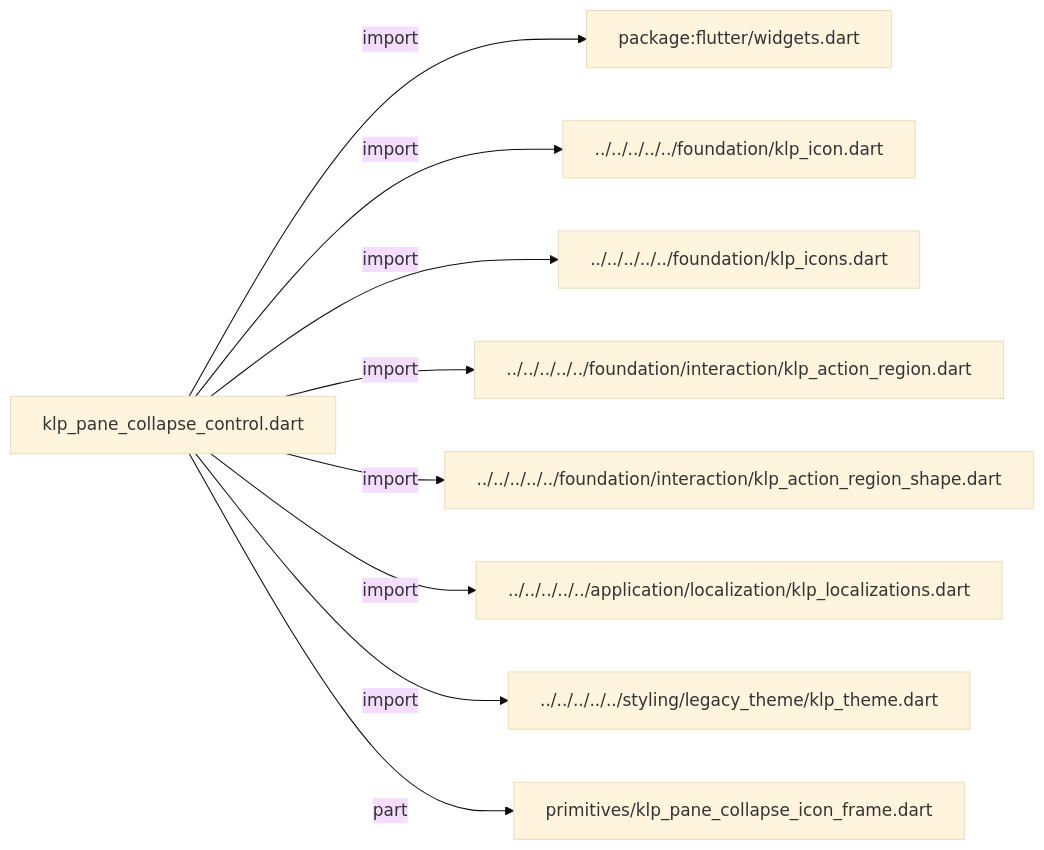
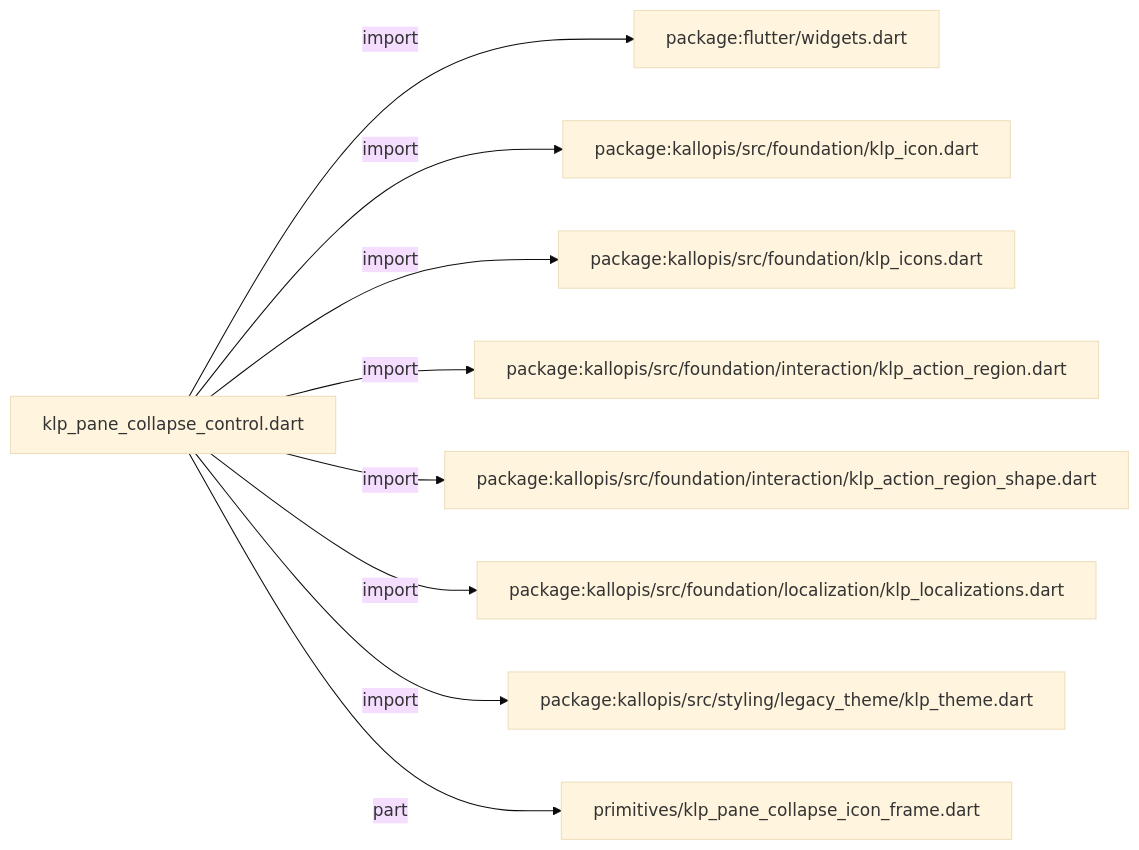
Before and after one commit to MiuDog/Kallopis: the first of 3 diagrams in docs/architecture/src/features/workspace/shell/composition/pane/klp_pane_collapse_control.md, drawn with Mermaid (base theme). The commit also changed other lines of this file and 9688 other files, not shown here.

Commit message:
Prepare isolated Flow F2 peer baseline

````diff
--- a/docs/architecture/src/features/workspace/shell/composition/pane/klp_pane_collapse_control.md
+++ b/docs/architecture/src/features/workspace/shell/composition/pane/klp_pane_collapse_control.md
@@ -11,20 +11,20 @@
 ```mermaid
 flowchart LR
 	n0["klp_pane_collapse_control.dart"]
 	n1["package:flutter/widgets.dart"]
-	n2["../../../../../foundation/klp_icon.dart"]
-	n3["../../../../../foundation/klp_icons.dart"]
-	n4["../../../../../foundation/interaction/klp_action_region.dart"]
-	n5["../../../../../foundation/interaction/klp_action_region_shape.dart"]
-	n6["../../../../../application/localization/klp_localizations.dart"]
-	n7["../../../../../styling/legacy_theme/klp_theme.dart"]
+	n2["package:kallopis/src/foundation/klp_icon.dart"]
+	n3["package:kallopis/src/foundation/klp_icons.dart"]
+	n4["package:kallopis/src/foundation/interaction/klp_action_region.dart"]
+	n5["package:kallopis/src/foundation/interaction/klp_action_region_shape.dart"]
+	n6["package:kallopis/src/foundation/localization/klp_localizations.dart"]
+	n7["package:kallopis/src/styling/legacy_theme/klp_theme.dart"]
 	n8["primitives/klp_pane_collapse_icon_frame.dart"]
 	n0 -->|"import"| n1
 	n0 -->|"import"| n2
 	n0 -->|"import"| n3
 	n0 -->|"import"| n4
 	n0 -->|"import"| n5
 	n0 -->|"import"| n6
 	n0 -->|"import"| n7
 	n0 -->|"part"| n8
 ```
````
